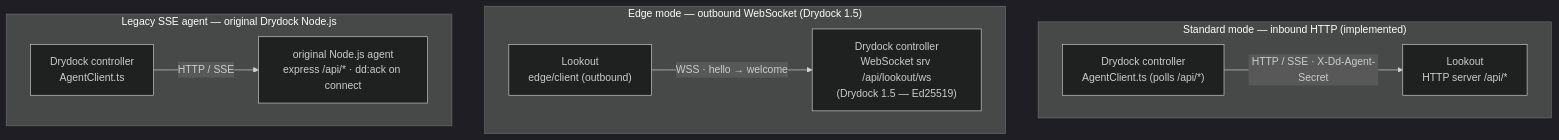
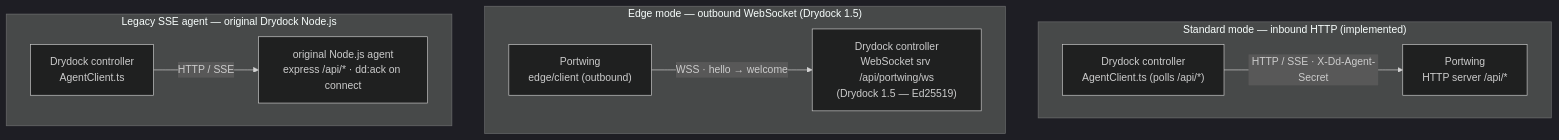
One commit to CodesWhat/portwing changed the first of 3 diagrams in docs/drydock-integration.md. Above: the diagram before and after it, drawn with Mermaid (dark theme). The commit also changed other lines of this file and 125 other files, not shown here.

````diff
--- a/docs/drydock-integration.md
+++ b/docs/drydock-integration.md
@@ -9,23 +9,23 @@
 ```mermaid
 flowchart TB
     subgraph std ["Standard mode — inbound HTTP (implemented)"]
         direction LR
         SC["Drydock controller<br/>AgentClient.ts (polls /api/*)"]
-        SL["Lookout<br/>HTTP server /api/*"]
+        SL["Portwing<br/>HTTP server /api/*"]
         SC -- "HTTP / SSE · X-Dd-Agent-Secret" --> SL
     end
 
     subgraph edge ["Edge mode — outbound WebSocket (Drydock 1.5)"]
         direction LR
-        EL["Lookout<br/>edge/client (outbound)"]
-        EC["Drydock controller<br/>WebSocket srv /api/lookout/ws<br/>(Drydock 1.5 — Ed25519)"]
+        EL["Portwing<br/>edge/client (outbound)"]
+        EC["Drydock controller<br/>WebSocket srv /api/portwing/ws<br/>(Drydock 1.5 — Ed25519)"]
         EL -- "WSS · hello → welcome" --> EC
     end
 
     subgraph legacy ["Legacy SSE agent — original Drydock Node.js"]
         direction LR
         LC["Drydock controller<br/>AgentClient.ts"]
         LL["original Node.js agent<br/>express /api/* · dd:ack on connect"]
         LC -- "HTTP / SSE" --> LL
     end
 ```
````
